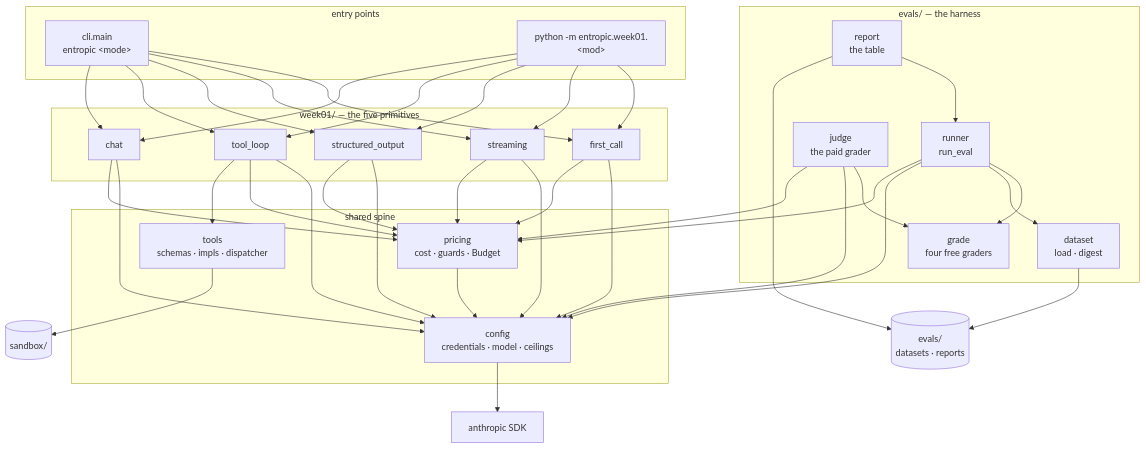
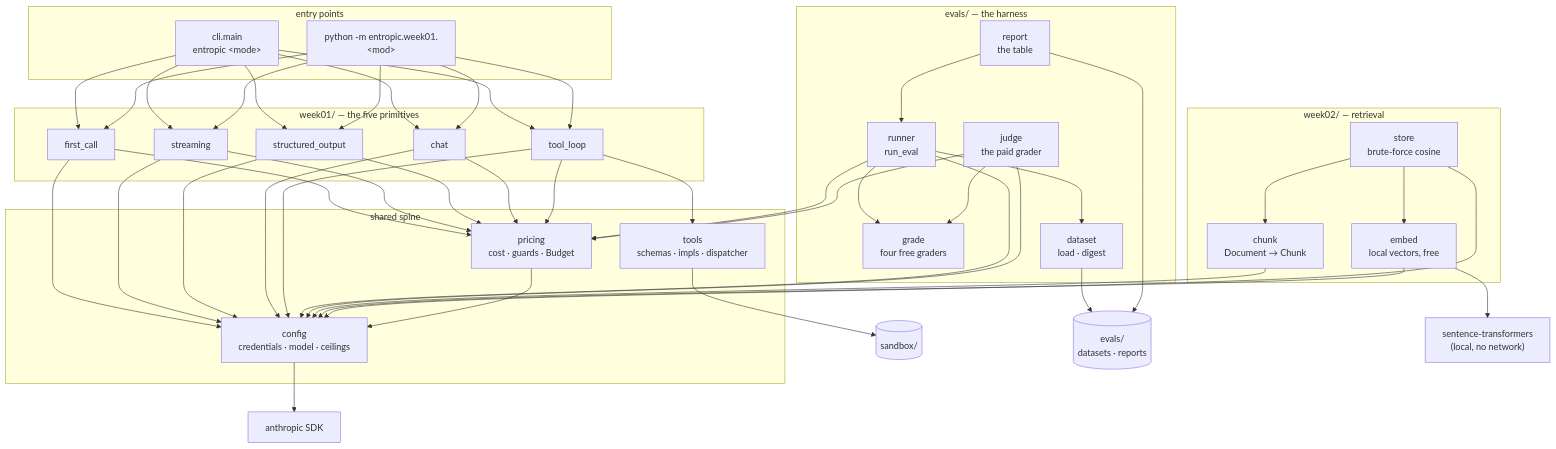
Before and after one commit to vedantdeo/aigent: the diagram in docs/knowledge-graph.md, drawn with Mermaid. The commit also changed other lines of this file and 33 other files, not shown here.

First line of the commit message:
Week 2 retrieval: chunking, local embeddings, a vector store

````diff
--- a/docs/knowledge-graph.md
+++ b/docs/knowledge-graph.md
@@ -18,46 +24,56 @@
 ```mermaid
 graph TD
     subgraph entry["entry points"]
         CLI["cli.main<br/>entropic &lt;mode&gt;"]
         DUNDER["python -m entropic.week01.&lt;mod&gt;"]
     end
 
     subgraph week01["week01/ — the five primitives"]
         FC["first_call"]
         ST["streaming"]
         SO["structured_output"]
         TL["tool_loop"]
         CH["chat"]
+    end
+
+    subgraph week02["week02/ — retrieval"]
+        CHK["chunk<br/>Document → Chunk"]
+        EMB["embed<br/>local vectors, free"]
+        STR["store<br/>brute-force cosine"]
     end
 
     subgraph evals["evals/ — the harness"]
         RUN["runner<br/>run_eval"]
         GRD["grade<br/>four free graders"]
         JDG["judge<br/>the paid grader"]
         DAT["dataset<br/>load · digest"]
         REP["report<br/>the table"]
     end
 
     subgraph shared["shared spine"]
         CFG["config<br/>credentials · model · ceilings"]
         PRC["pricing<br/>cost · guards · Budget"]
         TOOLS["tools<br/>schemas · impls · dispatcher"]
     end
 
     SDK["anthropic SDK"]
     BOX[("sandbox/")]
     DISK[("evals/<br/>datasets · reports")]
 
     CLI --> FC & ST & SO & TL & CH
     DUNDER --> FC & ST & SO & TL & CH
     FC & ST & SO & CH --> CFG & PRC
     TL --> CFG & PRC
     TL --> TOOLS
     RUN --> GRD & DAT & CFG & PRC
     JDG --> GRD & CFG & PRC
+    CHK --> CFG
+    EMB --> CFG
+    STR --> CHK & EMB & CFG
+    EMB --> ST2["sentence-transformers<br/>(local, no network)"]
     REP --> RUN
     DAT & REP --> DISK
     PRC --> CFG
     CFG --> SDK
     TOOLS --> BOX
 ```
````
